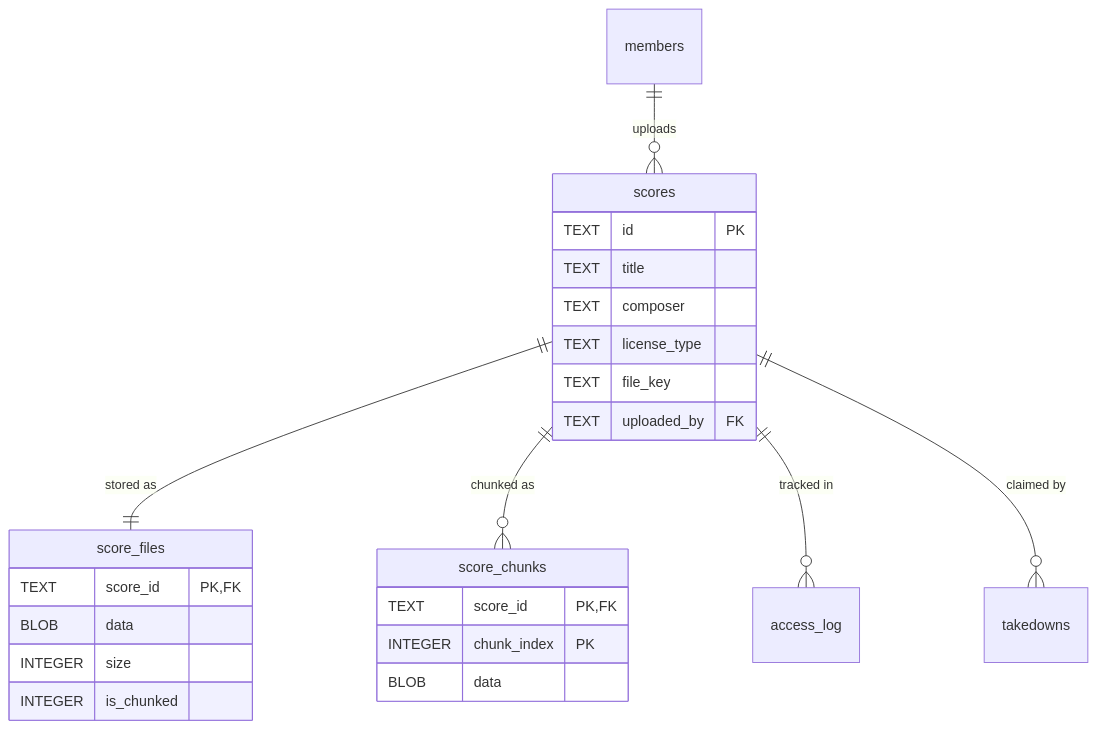
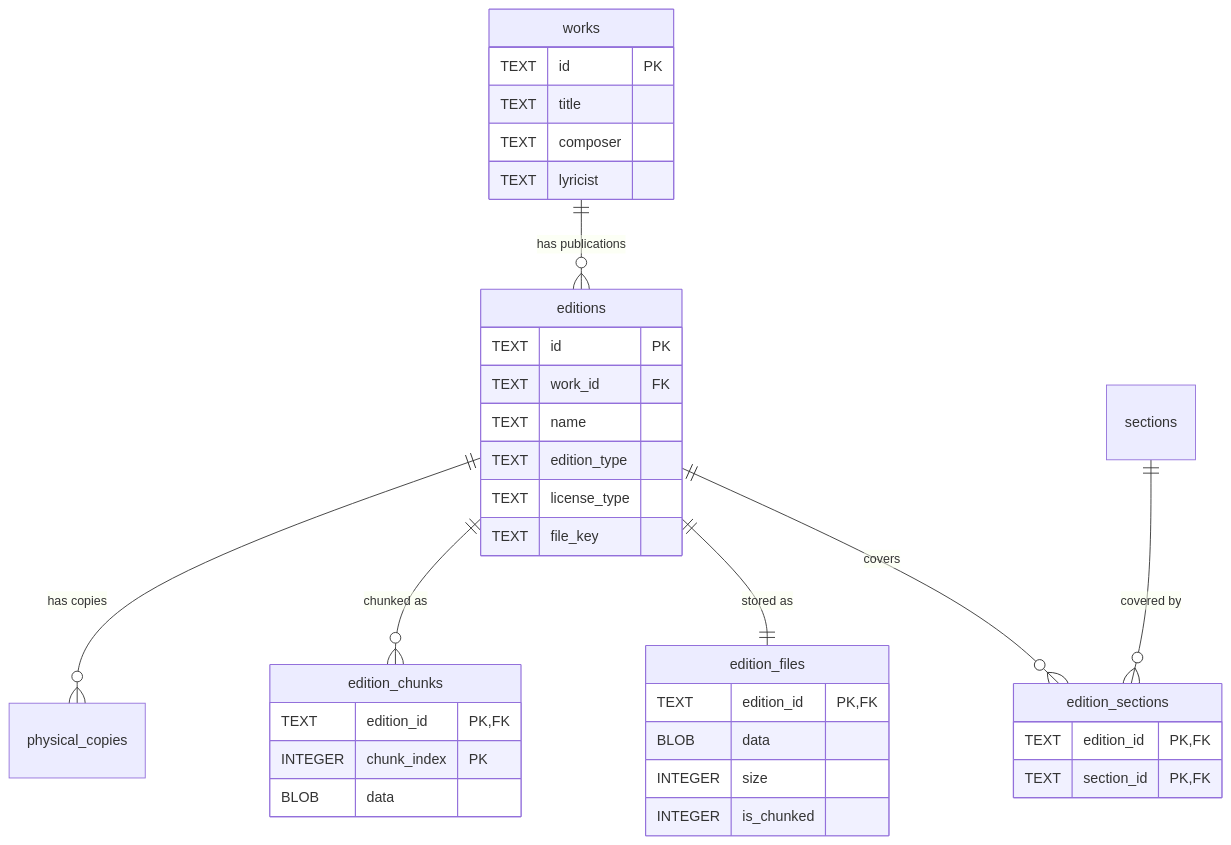
The third of 8 diagrams in docs/DATABASE-SCHEMA.md (mitselek/polyphony), drawn with Mermaid before and after one commit. The commit also changed other lines of this file and 15 other files, not shown here.

````diff
--- a/docs/DATABASE-SCHEMA.md
+++ b/docs/DATABASE-SCHEMA.md
@@ -213,30 +201,43 @@
 ```mermaid
 erDiagram
-    members ||--o{ scores : "uploads"
-    scores ||--|| score_files : "stored as"
-    scores ||--o{ score_chunks : "chunked as"
-    scores ||--o{ access_log : "tracked in"
-    scores ||--o{ takedowns : "claimed by"
+    works ||--o{ editions : "has publications"
+    editions ||--o{ edition_sections : "covers"
+    editions ||--|| edition_files : "stored as"
+    editions ||--o{ edition_chunks : "chunked as"
+    editions ||--o{ physical_copies : "has copies"
+    sections ||--o{ edition_sections : "covered by"
 
-    scores {
+    works {
         TEXT id PK
         TEXT title
         TEXT composer
+        TEXT lyricist
+    }
+
+    editions {
+        TEXT id PK
+        TEXT work_id FK
+        TEXT name
+        TEXT edition_type
         TEXT license_type
         TEXT file_key
-        TEXT uploaded_by FK
     }
 
-    score_files {
-        TEXT score_id PK,FK
+    edition_sections {
+        TEXT edition_id PK,FK
+        TEXT section_id PK,FK
+    }
+
+    edition_files {
+        TEXT edition_id PK,FK
         BLOB data
         INTEGER size
         INTEGER is_chunked
     }
 
-    score_chunks {
-        TEXT score_id PK,FK
+    edition_chunks {
+        TEXT edition_id PK,FK
         INTEGER chunk_index PK
         BLOB data
     }
 ```
````
